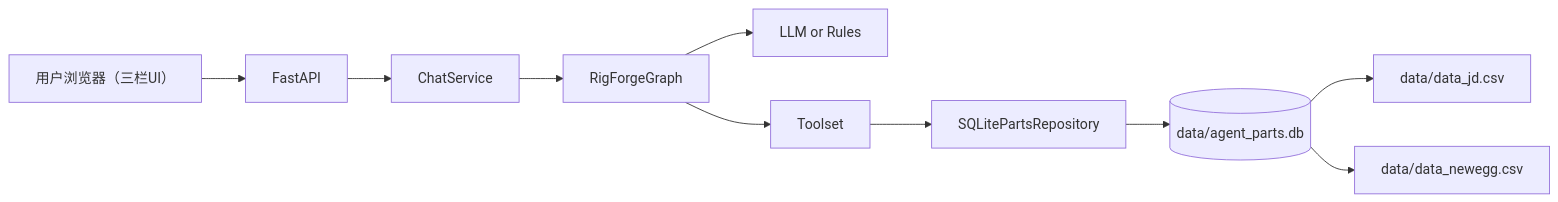
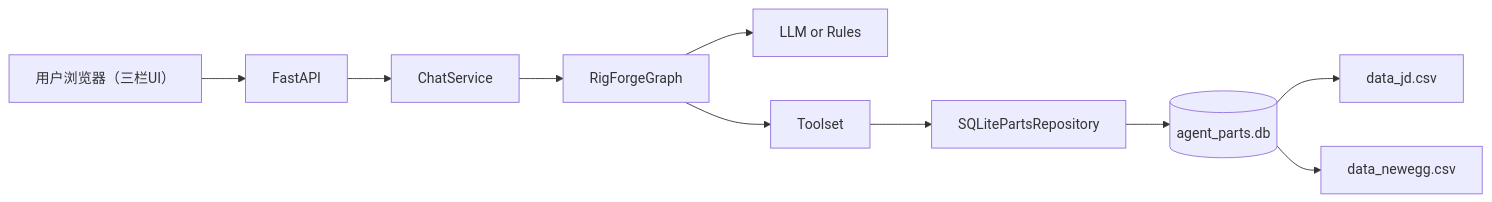
One commit to cinastanbean/RigForge changed the diagram in docs/SYSTEM_ARCHITECTURE.md. Above: the diagram before and after it, drawn with Mermaid. The commit also changed other lines of this file and 23 other files, not shown here.

````diff
--- a/docs/SYSTEM_ARCHITECTURE.md
+++ b/docs/SYSTEM_ARCHITECTURE.md
@@ -13,12 +14,12 @@
 ```mermaid
 flowchart LR
-  U[用户浏览器（三栏UI）] --> API[FastAPI]
-  API --> SVC[ChatService]
-  SVC --> GRAPH[RigForgeGraph]
-  GRAPH --> LLM[LLM or Rules]
-  GRAPH --> TOOLS[Toolset]
-  TOOLS --> REPO[SQLitePartsRepository]
-  REPO --> RDB[(data/agent_parts.db)]
-  RDB --> CSV1[data/data_jd.csv]
-  RDB --> CSV2[data/data_newegg.csv]
+    U[用户浏览器（三栏UI）] --> API[FastAPI]
+    API --> SVC[ChatService]
+    SVC --> GRAPH[RigForgeGraph]
+    GRAPH --> LLM[LLM or Rules]
+    GRAPH --> TOOLS[Toolset]
+    TOOLS --> REPO[SQLitePartsRepository]
+    REPO --> RDB[(agent_parts.db)]
+    RDB --> CSV1[data_jd.csv]
+    RDB --> CSV2[data_newegg.csv]
 ```
````
